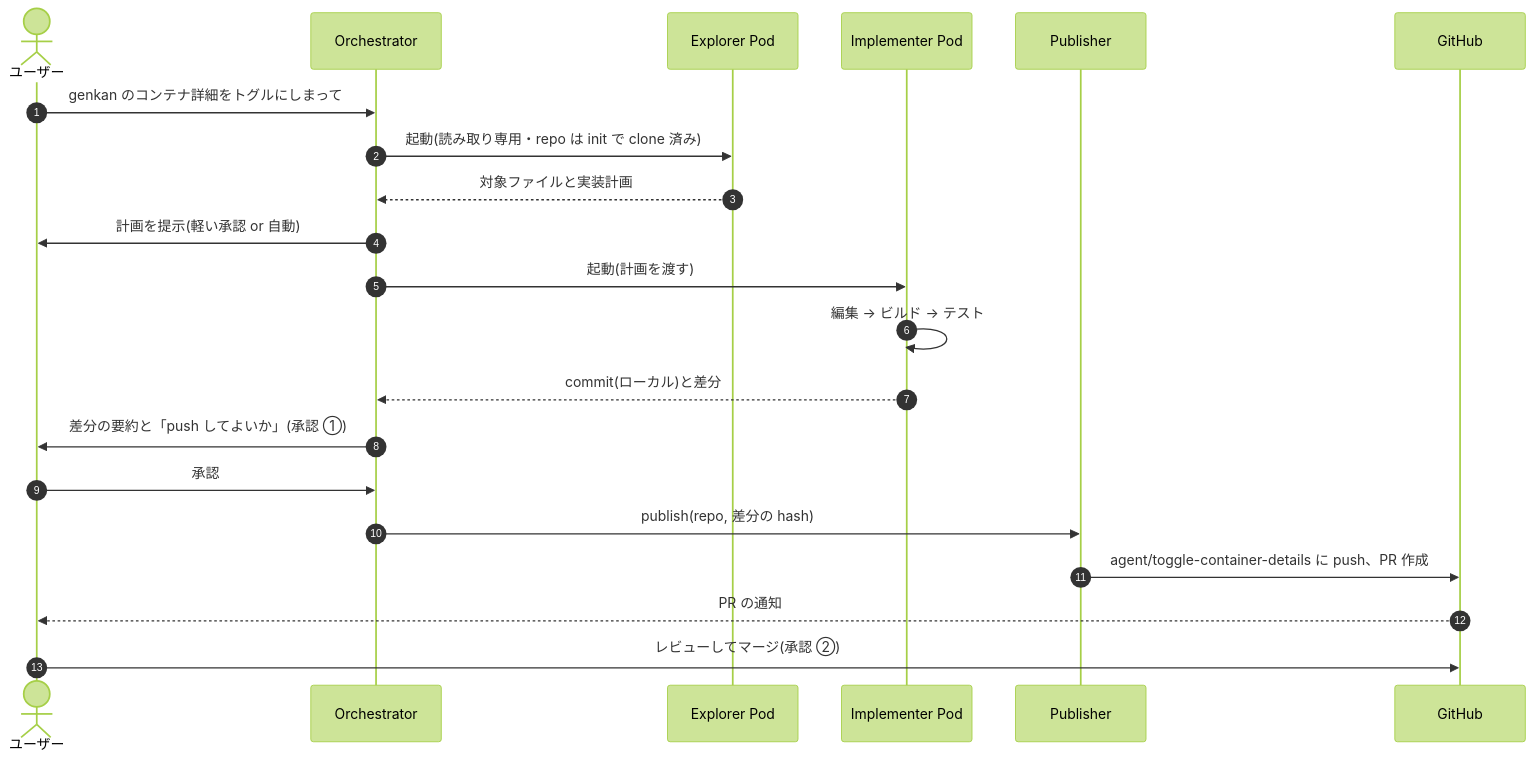
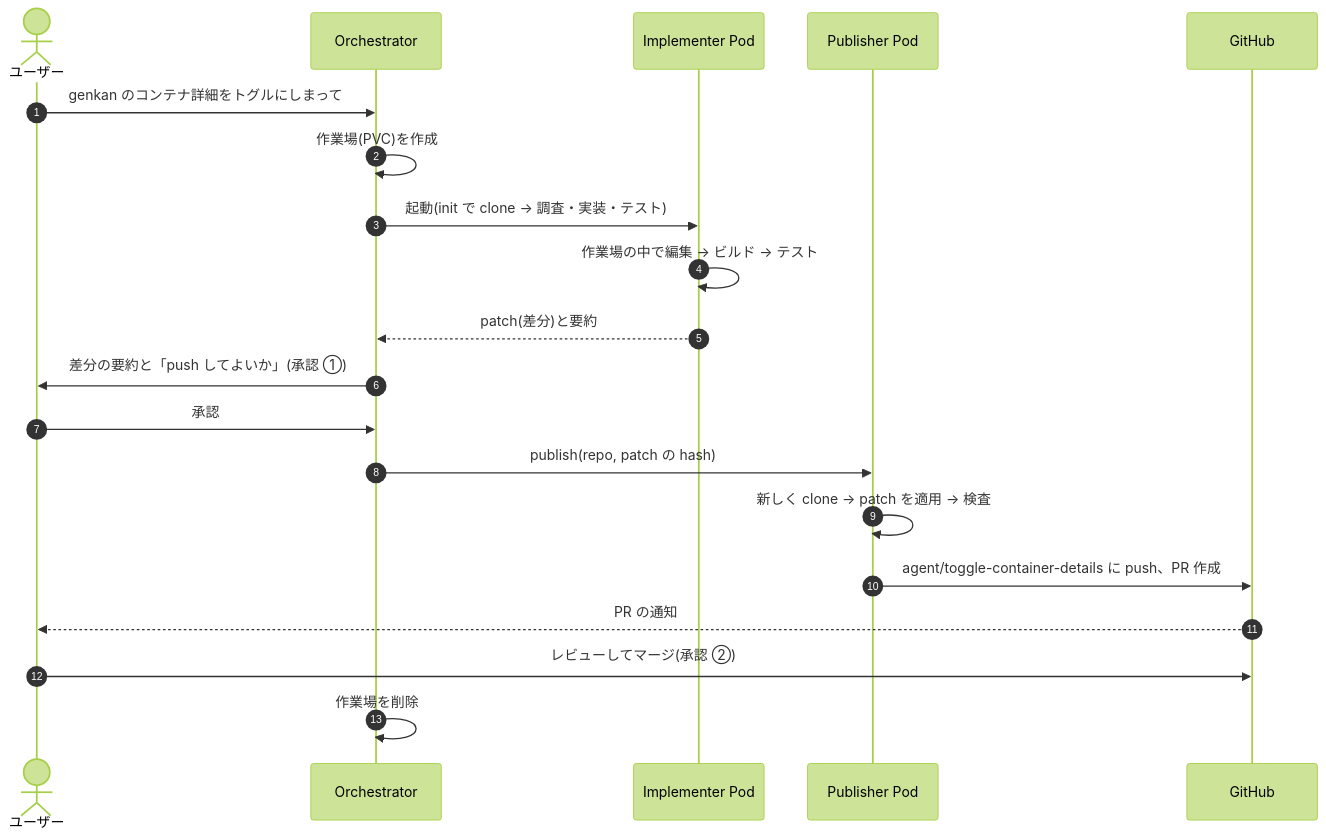
Before and after one commit to k-kanke/ai-app-platform: the second of 4 diagrams in docs/multi-agent-permissions.md, drawn with Mermaid (forest theme). The commit also changed other lines of this file, not shown here.

````diff
--- a/docs/multi-agent-permissions.md
+++ b/docs/multi-agent-permissions.md
@@ -80,24 +80,23 @@
 ```mermaid
 sequenceDiagram
     autonumber
     actor U as ユーザー
     participant O as Orchestrator
-    participant E as Explorer Pod
     participant I as Implementer Pod
-    participant P as Publisher
+    participant P as Publisher Pod
     participant G as GitHub
 
     U->>O: genkan のコンテナ詳細をトグルにしまって
-    O->>E: 起動(読み取り専用・repo は init で clone 済み)
-    E-->>O: 対象ファイルと実装計画
-    O->>U: 計画を提示(軽い承認 or 自動)
-    O->>I: 起動(計画を渡す)
-    I->>I: 編集 → ビルド → テスト
-    I-->>O: commit(ローカル)と差分
+    O->>O: 作業場(PVC)を作成
+    O->>I: 起動(init で clone → 調査・実装・テスト)
+    I->>I: 作業場の中で編集 → ビルド → テスト
+    I-->>O: patch(差分)と要約
     O->>U: 差分の要約と「push してよいか」(承認 ①)
     U->>O: 承認
-    O->>P: publish(repo, 差分の hash)
+    O->>P: publish(repo, patch の hash)
+    P->>P: 新しく clone → patch を適用 → 検査
     P->>G: agent/toggle-container-details に push、PR 作成
     G-->>U: PR の通知
     U->>G: レビューしてマージ(承認 ②)
+    O->>O: 作業場を削除
 ```
````
